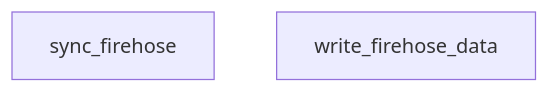
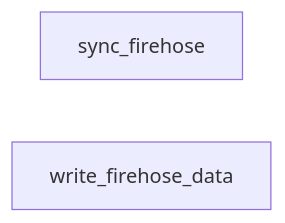
Before and after one commit to METResearchGroup/bluesky-research: the second of 8 diagrams in services/README.md, drawn with Mermaid. The commit also changed other lines of this file, not shown here.

````diff
--- a/services/README.md
+++ b/services/README.md
@@ -17,5 +45,5 @@
 ```mermaid
-flowchart TD
-  FIRE[sync_firehose]
-  WRITE[write_firehose_data]
+flowchart LR
+  SF[sync_firehose]
+  WF[write_firehose_data]
 ```
````
